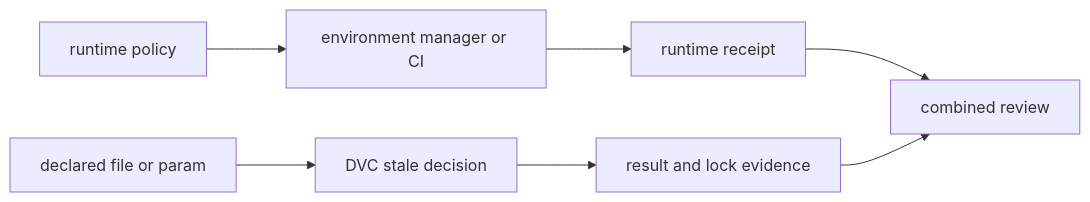
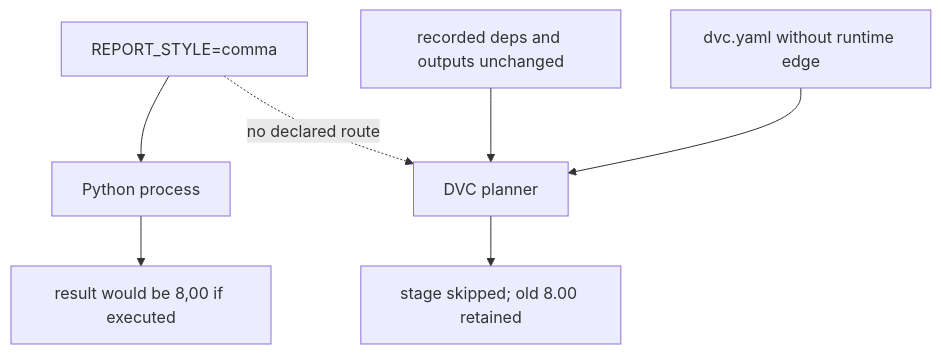
Before and after one commit to bijux/bijux-masterclass: the third of 4 diagrams in programs/reproducible-research/deep-dive-dvc/course-book/module-03-execution-environments-reproducible-inputs/what-dvc-records-indirectly-and-what-it-does-not-manage.md, drawn with Mermaid. The commit also changed other lines of this file, not shown here.

Commit message:
docs(dvc): separate runtime ownership from graph evidence

````diff
--- a/programs/reproducible-research/deep-dive-dvc/course-book/module-03-execution-environments-reproducible-inputs/what-dvc-records-indirectly-and-what-it-does-not-manage.md
+++ b/programs/reproducible-research/deep-dive-dvc/course-book/module-03-execution-environments-reproducible-inputs/what-dvc-records-indirectly-and-what-it-does-not-manage.md
@@ -144,9 +115,9 @@
 ```mermaid
-flowchart LR
-  policy["runtime policy"] --> executor["environment manager or CI"]
-  executor --> fingerprint["runtime receipt"]
-  declared["declared file or param"] --> dvc["DVC stale decision"]
-  dvc --> result["result and lock evidence"]
-  fingerprint --> review["combined review"]
-  result --> review
+flowchart TD
+  runtime["REPORT_STYLE=comma"] --> process["Python process"]
+  process --> result["result would be 8,00 if executed"]
+  declaration["dvc.yaml without runtime edge"] --> planner["DVC planner"]
+  recorded["recorded deps and outputs unchanged"] --> planner
+  planner --> skip["stage skipped; old 8.00 retained"]
+  runtime -. "no declared route" .-> planner
 ```
````
